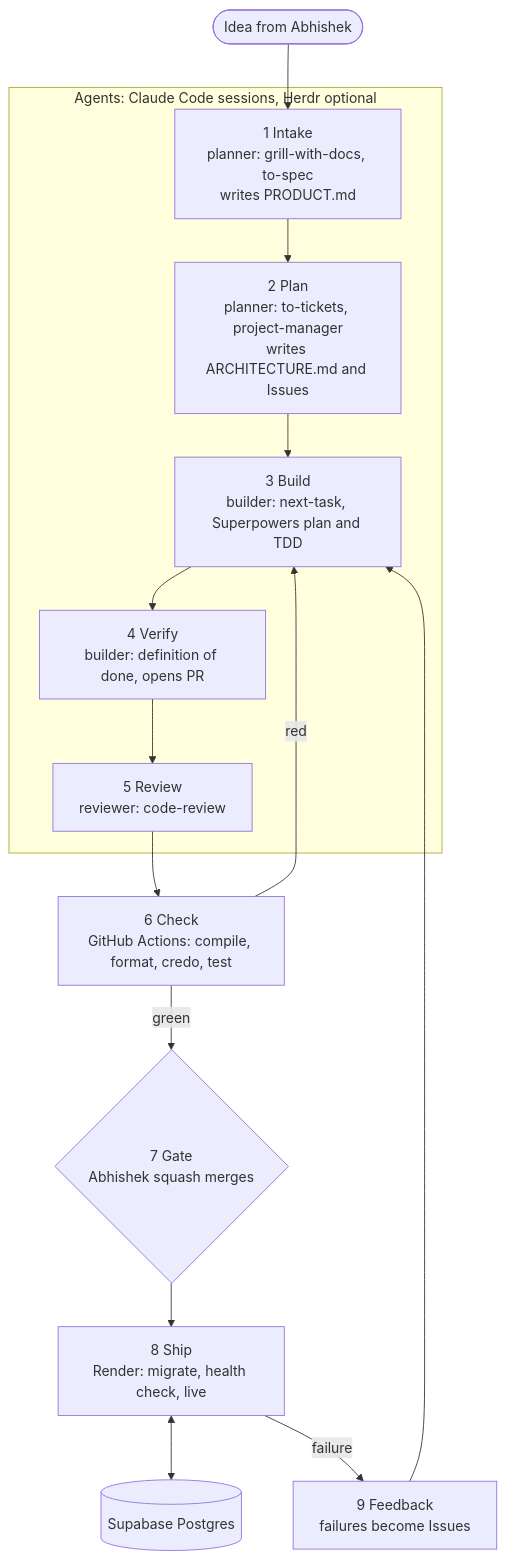
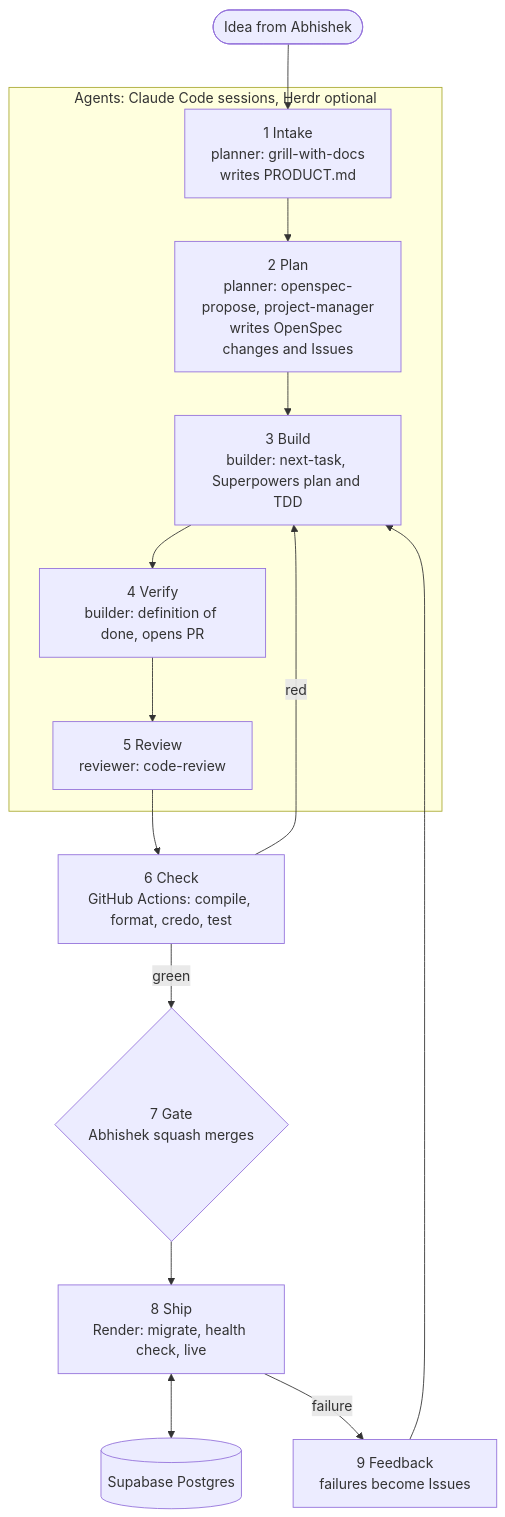
The first of 2 diagrams in FACTORY.md (darth-dodo/maya), drawn with Mermaid before and after one commit. The commit also changed other lines of this file and 24 other files, not shown here.

First line of the commit message:
feat: adopt OpenSpec for the spec station

````diff
--- a/FACTORY.md
+++ b/FACTORY.md
@@ -39,22 +39,22 @@
 ```mermaid
 flowchart TD
     idea([Idea from Abhishek]) --> intake
     subgraph agents [Agents: Claude Code sessions, Herdr optional]
-        intake["1 Intake<br/>planner: grill-with-docs, to-spec<br/>writes PRODUCT.md"]
-        plan["2 Plan<br/>planner: to-tickets, project-manager<br/>writes ARCHITECTURE.md and Issues"]
+        intake["1 Intake<br/>planner: grill-with-docs<br/>writes PRODUCT.md"]
+        plan["2 Plan<br/>planner: openspec-propose, project-manager<br/>writes OpenSpec changes and Issues"]
         build["3 Build<br/>builder: next-task, Superpowers plan and TDD"]
         verify["4 Verify<br/>builder: definition of done, opens PR"]
         review["5 Review<br/>reviewer: code-review"]
     end
     check["6 Check<br/>GitHub Actions: compile, format, credo, test"]
     gate{"7 Gate<br/>Abhishek squash merges"}
     ship["8 Ship<br/>Render: migrate, health check, live"]
     db[(Supabase Postgres)]
     feedback["9 Feedback<br/>failures become Issues"]
     intake --> plan --> build --> verify --> review --> check
     check -- red --> build
     check -- green --> gate
     gate --> ship
     ship <--> db
     ship -- failure --> feedback --> build
 ```
````
